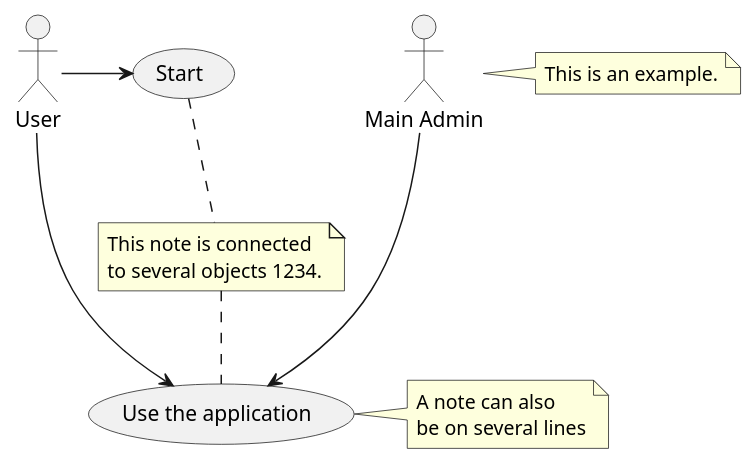
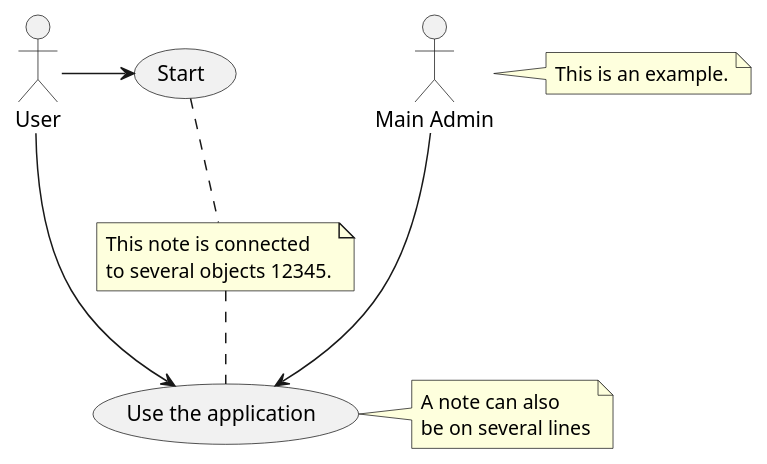
The diagram in plant1.puml (AKStratus/plantuml_diagrams), drawn with PlantUML before and after one commit.

Commit message:
Update plant1.puml
   bx

```diff
--- a/plant1.puml
+++ b/plant1.puml
@@ -1,17 +1,17 @@
 @startuml
 
     :Main Admin: as Admin
     (Use the application) as (Use)
     User -> (Start)
     User --> (Use)
     Admin ---> (Use)
     note right of Admin : This is an example.
     note right of (Use)
     A note can also
     be on several lines
     end note
-    note "This note is connected\nto several objects 1234." as N2
+    note "This note is connected\nto several objects 12345." as N2
     (Start) .. N2
     N2 .. (Use)
 
     @enduml
```
